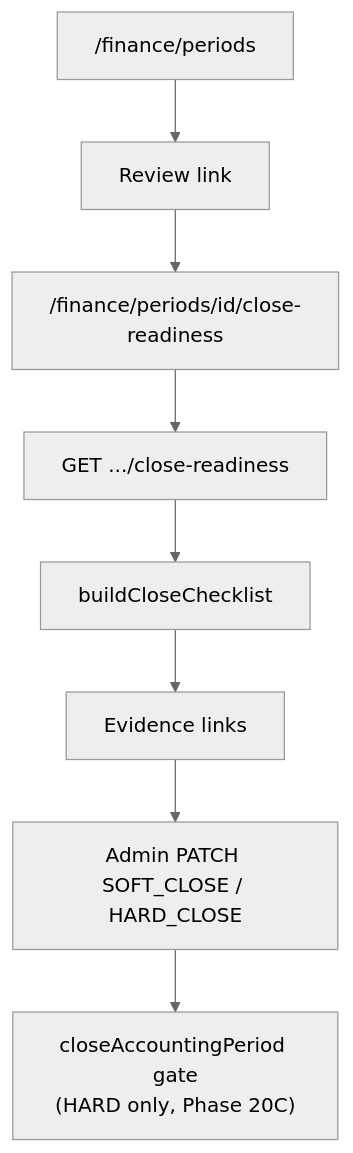
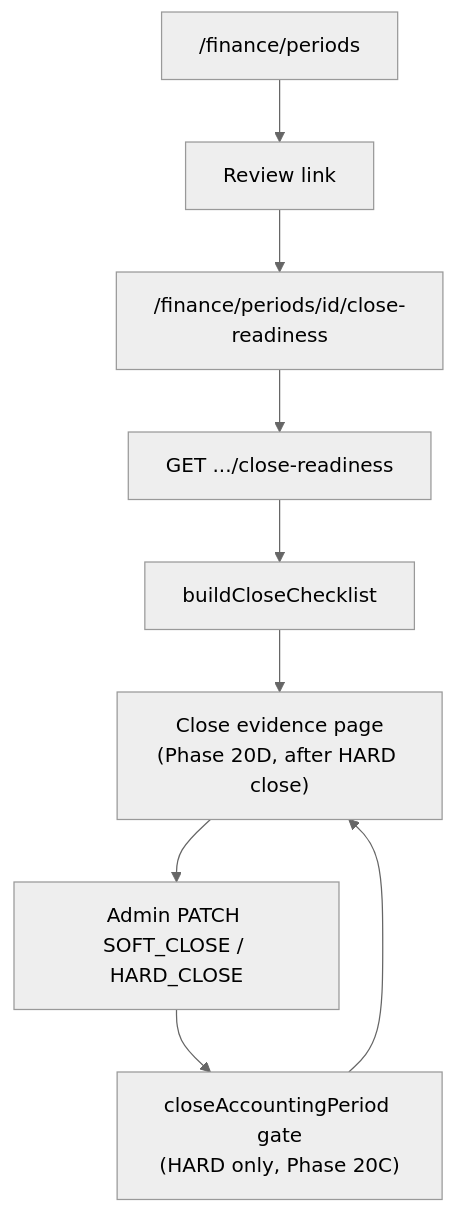
Before and after one commit to thkiti/asa-con-v0: the diagram in docs/21_FINANCE_CLOSE_WORKFLOW.md, drawn with Mermaid (neutral theme). The commit also changed other lines of this file and 35 other files, not shown here.

Commit message:
phase20d close evidence snapshot

````diff
--- a/docs/21_FINANCE_CLOSE_WORKFLOW.md
+++ b/docs/21_FINANCE_CLOSE_WORKFLOW.md
@@ -27,17 +27,19 @@
 ```mermaid
 flowchart TD
   periods["/finance/periods"]
   review["Review link"]
   readiness["/finance/periods/id/close-readiness"]
   api["GET .../close-readiness"]
   checklist["buildCloseChecklist"]
   evidence["Evidence links"]
   manual["Admin PATCH SOFT_CLOSE / HARD_CLOSE"]
   gate["closeAccountingPeriod gate\n(HARD only, Phase 20C)"]
+  evidence["Close evidence page\n(Phase 20D, after HARD close)"]
 
   periods --> review --> readiness
   readiness --> api --> checklist
   checklist --> evidence
   evidence --> manual
   manual --> gate
+  gate --> evidence
 ```
````
